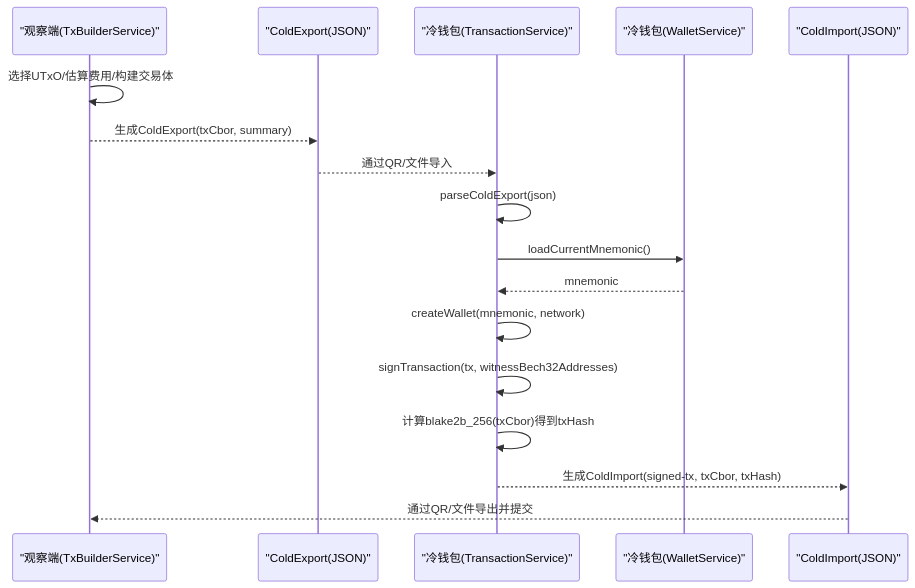
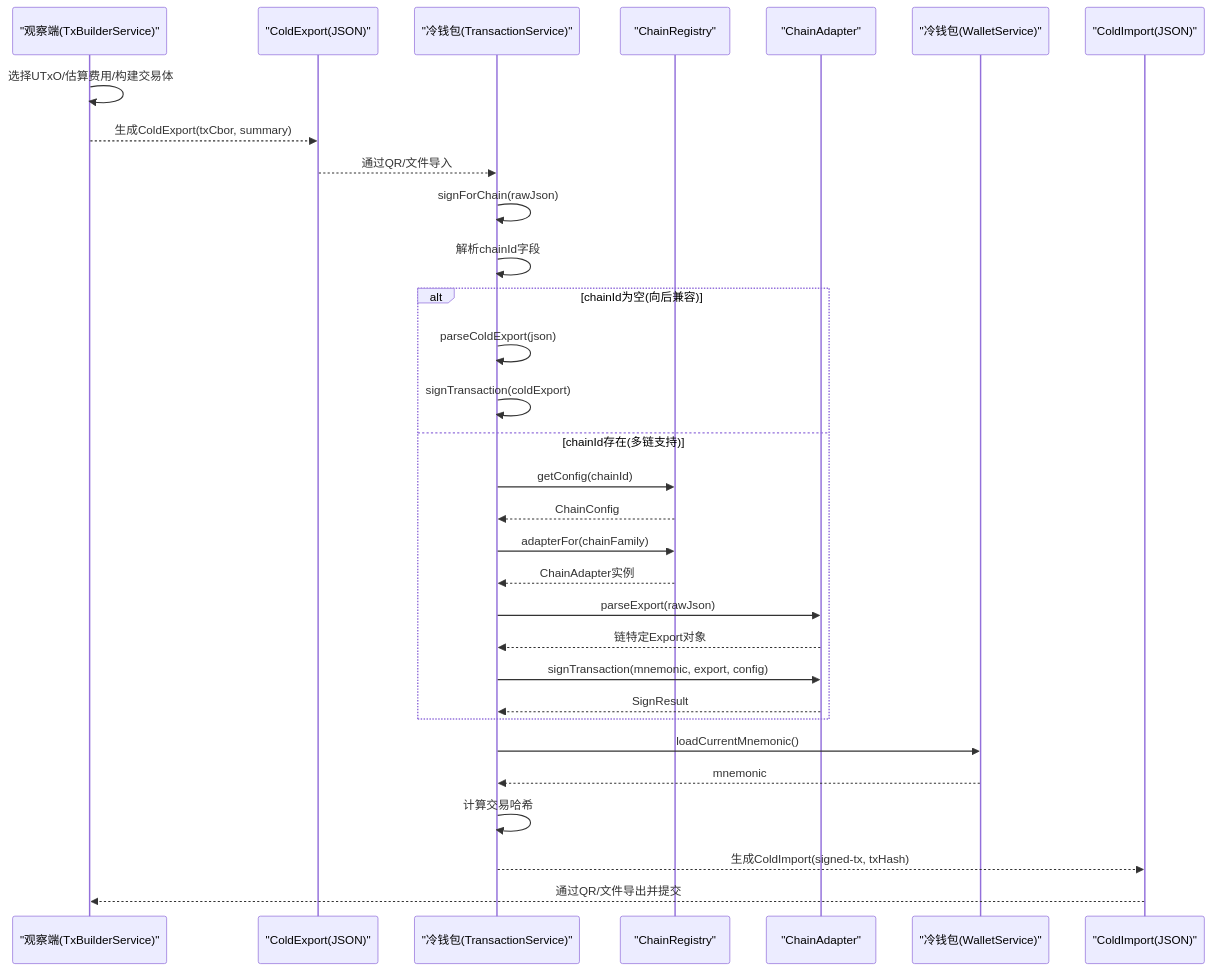
One commit to EqualToEthan/stasis changed the second of 7 diagrams in .qoder/repowiki/zh/content/核心服务/交易处理服务.md. Above: the diagram before and after it, drawn with Mermaid. The commit also changed other lines of this file and 40 other files, not shown here.

````diff
--- a/.qoder/repowiki/zh/content/核心服务/交易处理服务.md
+++ b/.qoder/repowiki/zh/content/核心服务/交易处理服务.md
@@ -89,19 +116,33 @@
 ```mermaid
 sequenceDiagram
 participant Watch as "观察端(TxBuilderService)"
 participant Export as "ColdExport(JSON)"
 participant App as "冷钱包(TransactionService)"
+participant Registry as "ChainRegistry"
+participant Adapter as "ChainAdapter"
 participant Wallet as "冷钱包(WalletService)"
 participant Import as "ColdImport(JSON)"
 Watch->>Watch : 选择UTxO/估算费用/构建交易体
 Watch-->>Export : 生成ColdExport(txCbor, summary)
 Export-->>App : 通过QR/文件导入
+App->>App : signForChain(rawJson)
+App->>App : 解析chainId字段
+alt chainId为空(向后兼容)
 App->>App : parseColdExport(json)
+App->>App : signTransaction(coldExport)
+else chainId存在(多链支持)
+App->>Registry : getConfig(chainId)
+Registry-->>App : ChainConfig
+App->>Registry : adapterFor(chainFamily)
+Registry-->>App : ChainAdapter实例
+App->>Adapter : parseExport(rawJson)
+Adapter-->>App : 链特定Export对象
+App->>Adapter : signTransaction(mnemonic, export, config)
+Adapter-->>App : SignResult
+end
 App->>Wallet : loadCurrentMnemonic()
 Wallet-->>App : mnemonic
-App->>App : createWallet(mnemonic, network)
-App->>App : signTransaction(tx, witnessBech32Addresses)
-App->>App : 计算blake2b_256(txCbor)得到txHash
-App-->>Import : 生成ColdImport(signed-tx, txCbor, txHash)
+App->>App : 计算交易哈希
+App-->>Import : 生成ColdImport(signed-tx, txHash)
 Import-->>Watch : 通过QR/文件导出并提交
 ```
````
